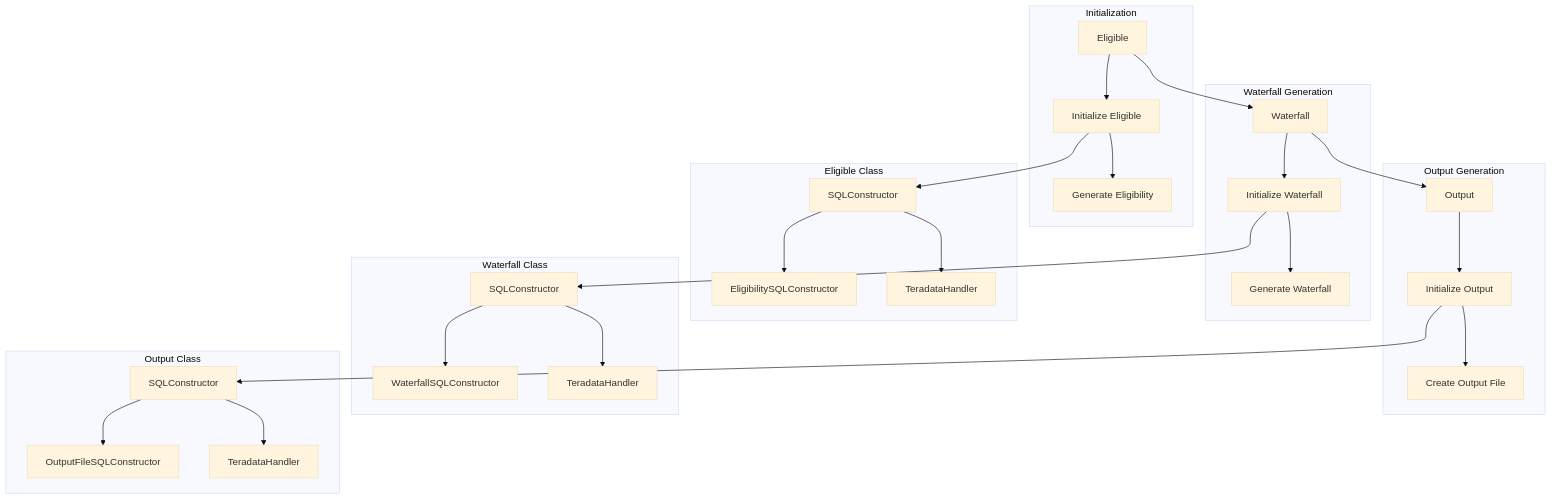
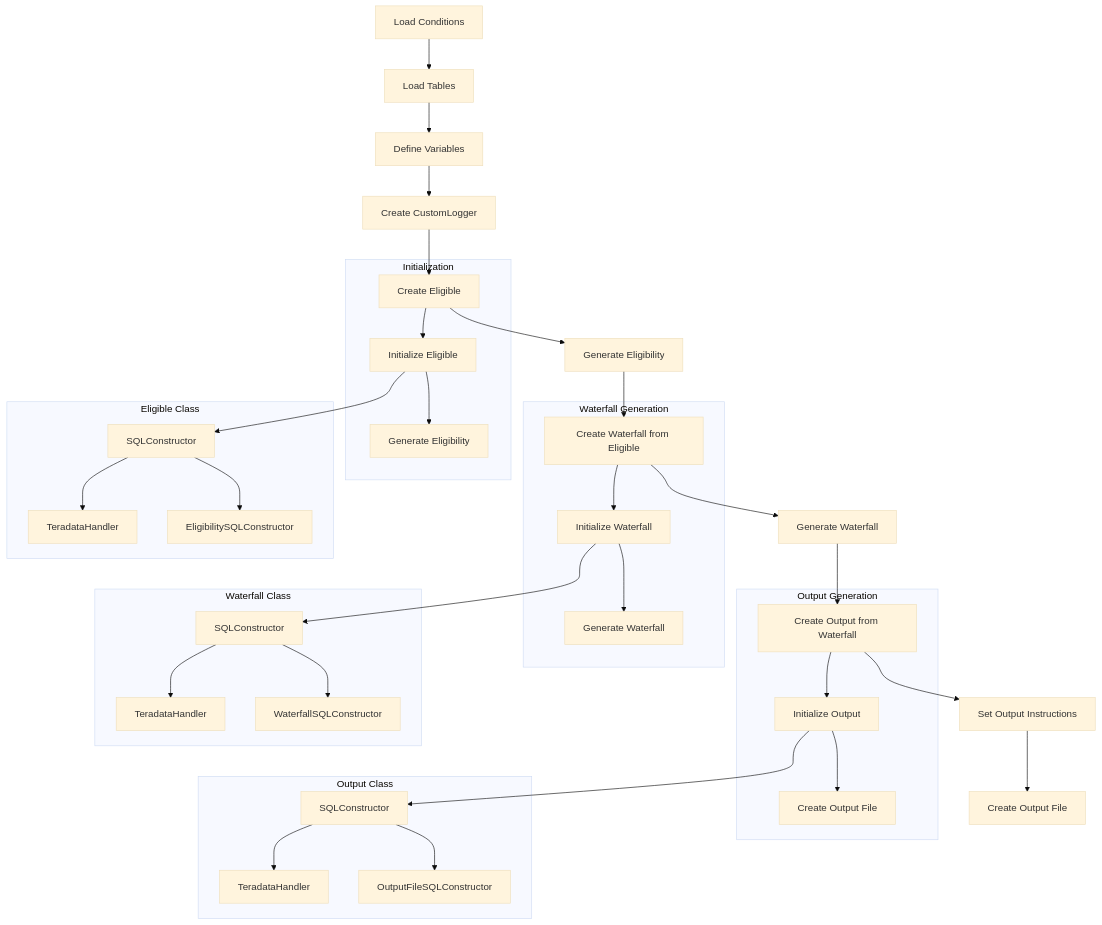
The diagram in docs/workflow.md (GiveMeDaTaco/pythonwf), drawn with Mermaid (base theme) before and after one commit.

First paragraph of the commit message:
aider: Updated workflow in `docs/workflow.md` to detail loading conditions, defining variables, and creating class instances.
# Aider chat conversation:

````diff
--- a/docs/workflow.md
+++ b/docs/workflow.md
@@ -3,44 +3,52 @@
 ```mermaid
 graph TD
-    A[Eligible] --> B[Waterfall]
-    B --> C[Output]
+    A[Load Conditions] --> B[Load Tables]
+    B --> C[Define Variables]
+    C --> D[Create CustomLogger]
+    D --> E[Create Eligible]
+    E --> F[Generate Eligibility]
+    F --> G[Create Waterfall from Eligible]
+    G --> H[Generate Waterfall]
+    H --> I[Create Output from Waterfall]
+    I --> J[Set Output Instructions]
+    J --> K[Create Output File]
 
     subgraph Initialization
-        A1[Initialize Eligible]
-        A2[Generate Eligibility]
-        A --> A1
-        A1 --> A2
+        E1[Initialize Eligible]
+        E2[Generate Eligibility]
+        E --> E1
+        E1 --> E2
     end
 
     subgraph Waterfall Generation
-        B1[Initialize Waterfall]
-        B2[Generate Waterfall]
-        B --> B1
-        B1 --> B2
+        G1[Initialize Waterfall]
+        G2[Generate Waterfall]
+        G --> G1
+        G1 --> G2
     end
 
     subgraph Output Generation
-        C1[Initialize Output]
-        C2[Create Output File]
-        C --> C1
-        C1 --> C2
+        I1[Initialize Output]
+        I2[Create Output File]
+        I --> I1
+        I1 --> I2
     end
 
     subgraph Eligible Class
-        A1 --> A3[SQLConstructor]
-        A3 --> A4[EligibilitySQLConstructor]
-        A3 --> A5[TeradataHandler]
+        E1 --> E3[SQLConstructor]
+        E3 --> E4[EligibilitySQLConstructor]
+        E3 --> E5[TeradataHandler]
     end
 
     subgraph Waterfall Class
-        B1 --> B3[SQLConstructor]
-        B3 --> B4[WaterfallSQLConstructor]
-        B3 --> B5[TeradataHandler]
+        G1 --> G3[SQLConstructor]
+        G3 --> G4[WaterfallSQLConstructor]
+        G3 --> G5[TeradataHandler]
     end
 
     subgraph Output Class
-        C1 --> C3[SQLConstructor]
-        C3 --> C4[OutputFileSQLConstructor]
-        C3 --> C5[TeradataHandler]
+        I1 --> I3[SQLConstructor]
+        I3 --> I4[OutputFileSQLConstructor]
+        I3 --> I5[TeradataHandler]
     end
 ```
````
